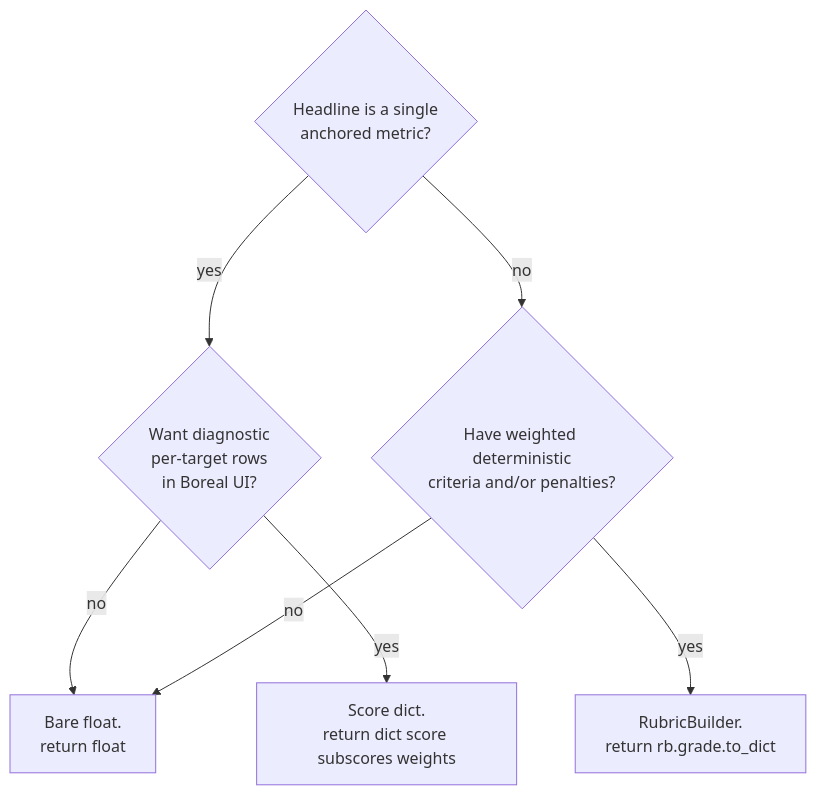
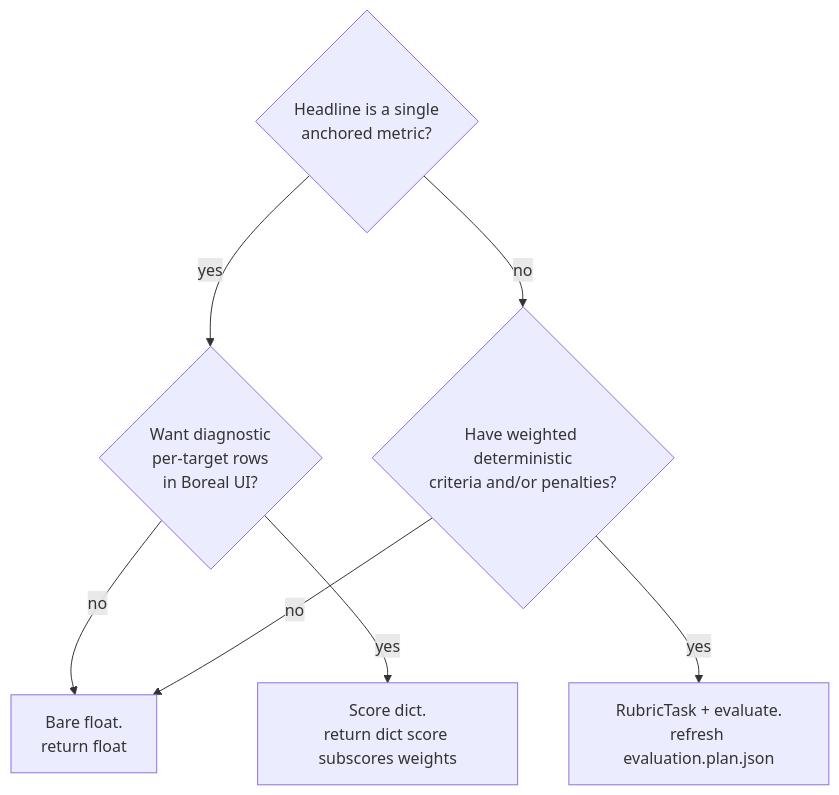
Before and after one commit to emmanuel1358/diffuser-separation-control: the second of 2 diagrams in docs/GRADING.md, drawn with Mermaid. The commit also changed other lines of this file and 191 other files, not shown here.

````diff
--- a/docs/GRADING.md
+++ b/docs/GRADING.md
@@ -666,10 +688,10 @@
 ```mermaid
 flowchart TD
   Q1{Headline is a single<br/>anchored metric?}
   Q1 -- yes --> Q1a{Want diagnostic<br/>per-target rows<br/>in Boreal UI?}
   Q1 -- no --> Q2{Have weighted deterministic<br/>criteria and/or penalties?}
   Q1a -- no --> A[Bare float.<br/>return float]
   Q1a -- yes --> B[Score dict.<br/>return dict score subscores weights]
-  Q2 -- yes --> C[RubricBuilder.<br/>return rb.grade.to_dict]
+  Q2 -- yes --> C[RubricTask + evaluate.<br/>refresh evaluation.plan.json]
   Q2 -- no --> A
 ```
````
